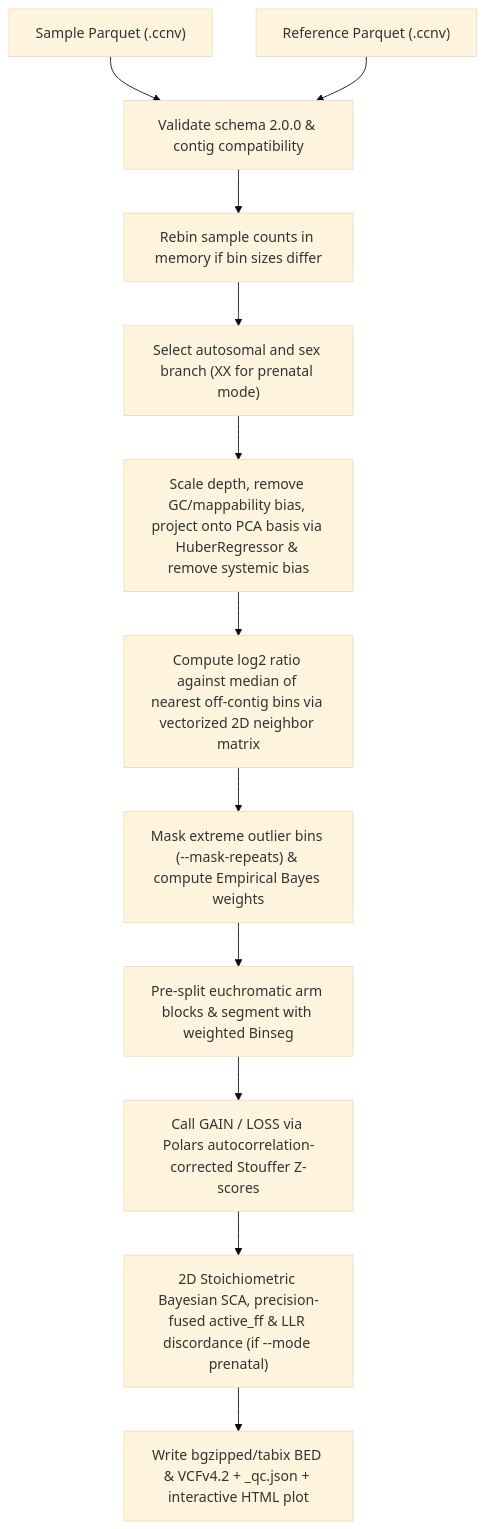
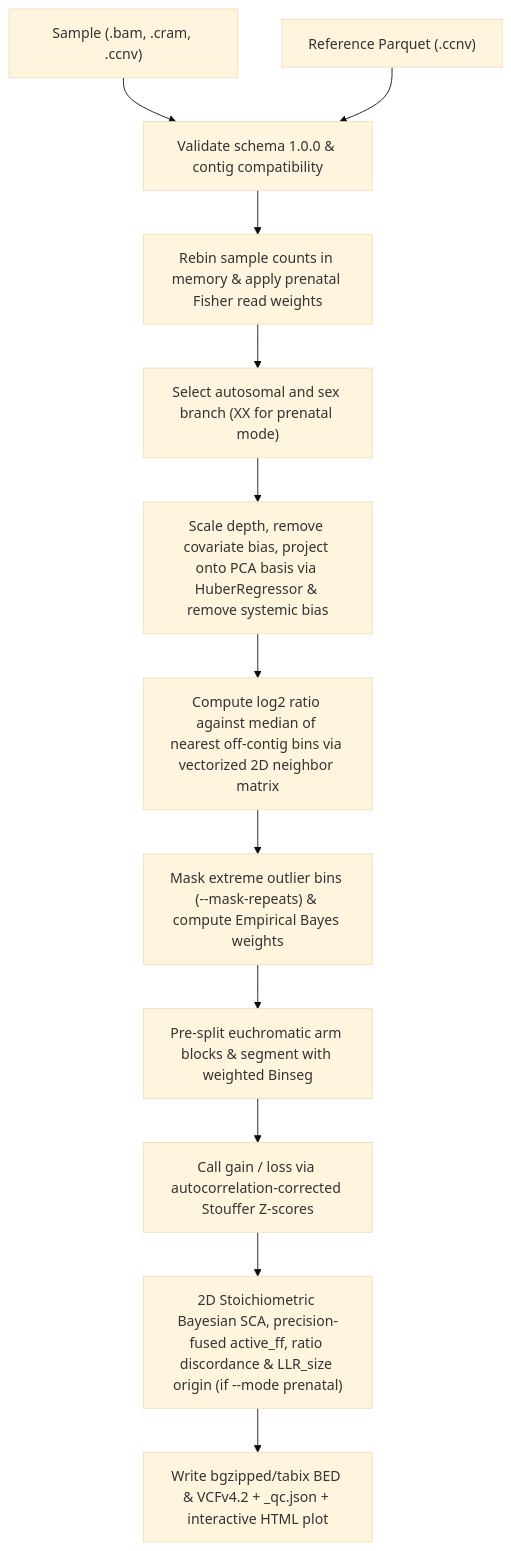
One commit to matthdsm/ccnv changed the fourth of 4 diagrams in docs/pipeline.md. Above: the diagram before and after it, drawn with Mermaid (base theme). The commit also changed other lines of this file and 67 other files, not shown here.

````diff
--- a/docs/pipeline.md
+++ b/docs/pipeline.md
@@ -94,14 +95,14 @@
 ```mermaid
 flowchart TD
-    InSample["Sample Parquet (<sample>.ccnv)"] --> LoadCompat["Validate schema 2.0.0 & contig compatibility"]
+    InSample["Sample (.bam, .cram, .ccnv)"] --> LoadCompat["Validate schema 1.0.0 & contig compatibility"]
     InRef["Reference Parquet (<reference>.ccnv)"] --> LoadCompat
-    LoadCompat --> RebinCheck["Rebin sample counts in memory if bin sizes differ"]
+    LoadCompat --> RebinCheck["Rebin sample counts in memory & apply prenatal Fisher read weights"]
     RebinCheck --> BranchSelect["Select autosomal and sex branch (XX for prenatal mode)"]
-    BranchSelect --> ProjectPCA["Scale depth, remove GC/mappability bias, project onto PCA basis via HuberRegressor & remove systemic bias"]
+    BranchSelect --> ProjectPCA["Scale depth, remove covariate bias, project onto PCA basis via HuberRegressor & remove systemic bias"]
     ProjectPCA --> MatchNearest["Compute log2 ratio against median of nearest off-contig bins via vectorized 2D neighbor matrix"]
     MatchNearest --> IterativeMask["Mask extreme outlier bins (--mask-repeats) & compute Empirical Bayes weights"]
     IterativeMask --> SegEngine["Pre-split euchromatic arm blocks & segment with weighted Binseg"]
-    SegEngine --> CallEvents["Call GAIN / LOSS via Polars autocorrelation-corrected Stouffer Z-scores"]
-    CallEvents --> PrenatalAnnot["2D Stoichiometric Bayesian SCA, precision-fused active_ff & LLR discordance (if --mode prenatal)"]
+    SegEngine --> CallEvents["Call gain / loss via autocorrelation-corrected Stouffer Z-scores"]
+    CallEvents --> PrenatalAnnot["2D Stoichiometric Bayesian SCA, precision-fused active_ff, ratio discordance & LLR_size origin (if --mode prenatal)"]
     PrenatalAnnot --> Outputs["Write bgzipped/tabix BED & VCFv4.2 + _qc.json + interactive HTML plot"]
 ```
````
